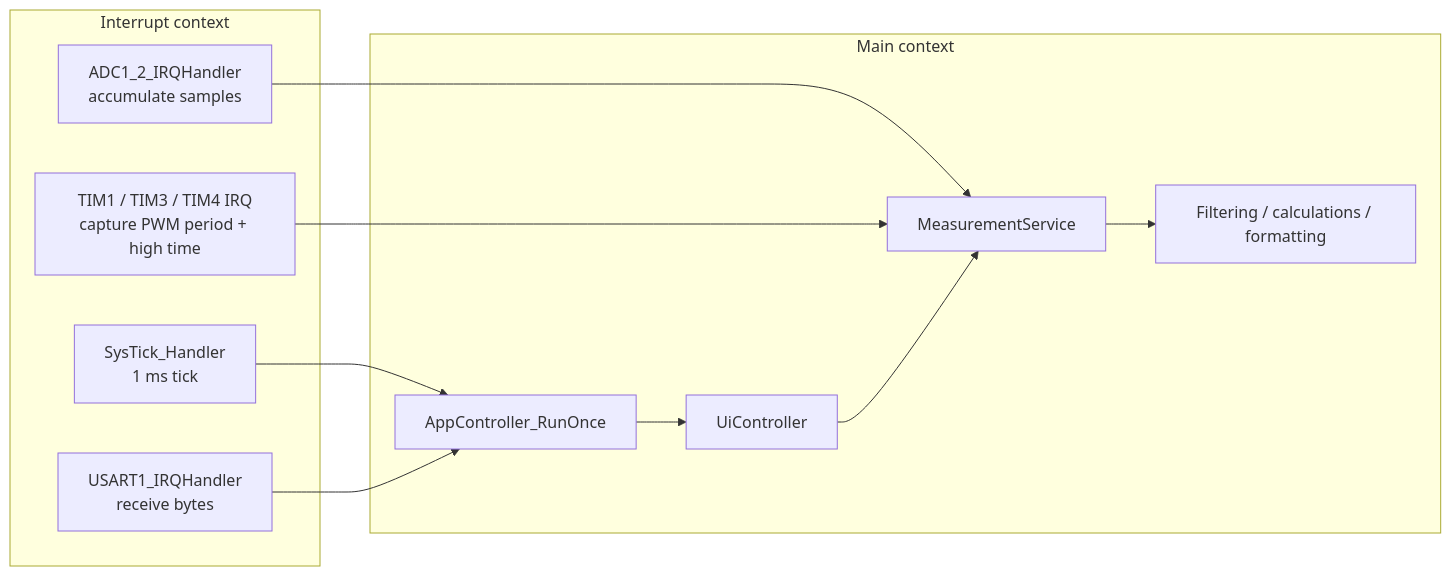
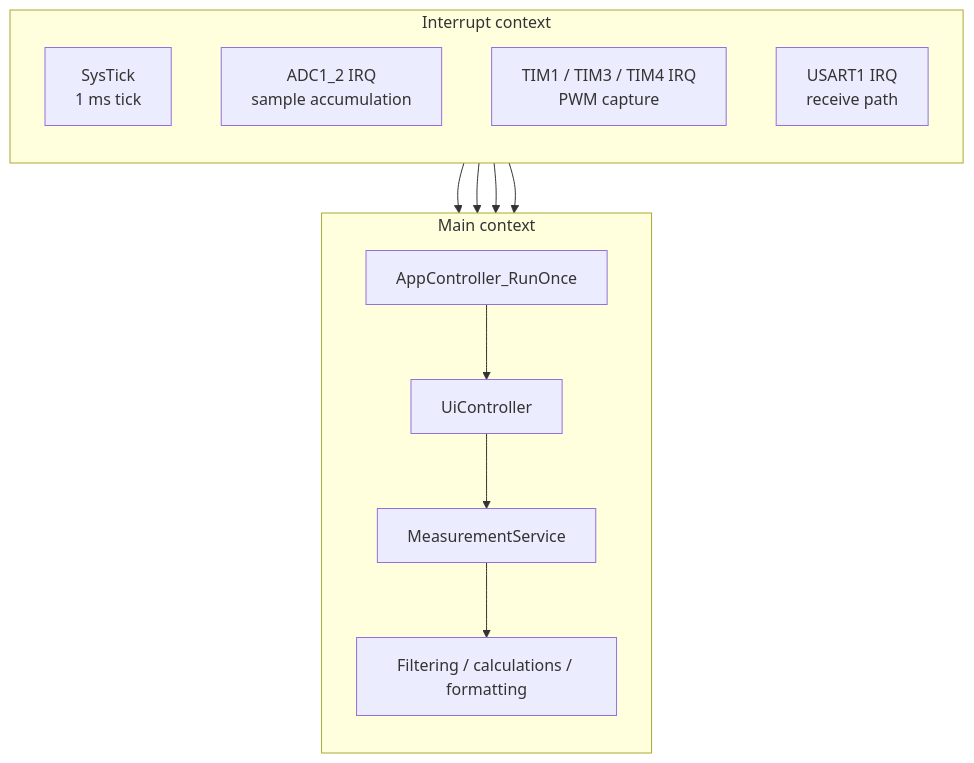
Before and after one commit to haikevins/Multimeter_Project: the sixth of 21 diagrams in README.md, drawn with Mermaid. The commit also changed other lines of this file, not shown here.

````diff
--- a/README.md
+++ b/README.md
@@ -372,24 +382,22 @@
 ```mermaid
-flowchart LR
+flowchart TB
     subgraph ISR["Interrupt context"]
-        SYSTICK["SysTick_Handler\n1 ms tick"]
-        ADCIRQ["ADC1_2_IRQHandler\naccumulate samples"]
-        TIMIRQ["TIM1 / TIM3 / TIM4 IRQ\ncapture PWM period + high time"]
-        UARTIRQ["USART1_IRQHandler\nreceive bytes"]
+        direction TB
+        SYSTICK["SysTick<br/>1 ms tick"]
+        ADCIRQ["ADC1_2 IRQ<br/>sample accumulation"]
+        TIMIRQ["TIM1 / TIM3 / TIM4 IRQ<br/>PWM capture"]
+        UARTIRQ["USART1 IRQ<br/>receive path"]
     end
 
     subgraph MAIN["Main context"]
-        APP["AppController_RunOnce"]
-        UI["UiController"]
-        MEAS["MeasurementService"]
-        FORMAT["Filtering / calculations / formatting"]
+        direction TB
+        APP["AppController_RunOnce"] --> UI["UiController"]
+        UI --> MEAS["MeasurementService"]
+        MEAS --> FORMAT["Filtering / calculations / formatting"]
     end
 
     SYSTICK --> APP
     ADCIRQ --> MEAS
     TIMIRQ --> MEAS
     UARTIRQ --> APP
-    APP --> UI
-    UI --> MEAS
-    MEAS --> FORMAT
 ```
````
